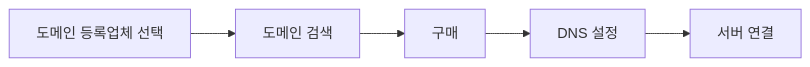
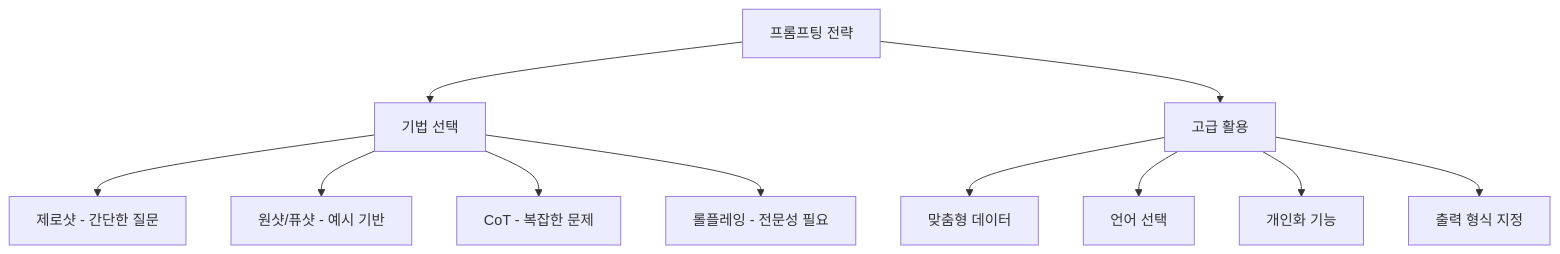
One commit to nugurejeil/weniVooks changed the second of 2 diagrams in _md/essentials-vibecoding/chapter03/03-3.md. Above: the diagram before and after it, drawn with Mermaid. The commit also changed other lines of this file and 49 other files, not shown here.

````diff
--- a/_md/essentials-vibecoding/chapter03/03-3.md
+++ b/_md/essentials-vibecoding/chapter03/03-3.md
@@ -63,7 +261,15 @@
 ```mermaid
-flowchart LR
-    A["도메인 등록업체 선택"] --> B["도메인 검색"]
-    B --> C["구매"]
-    C --> D["DNS 설정"]
-    D --> E["서버 연결"]
+flowchart TD
+    A["프롬프팅 전략"] --> B["기법 선택"]
+    A --> C["고급 활용"]
+
+    B --> B1["제로샷 - 간단한 질문"]
+    B --> B2["원샷/퓨샷 - 예시 기반"]
+    B --> B3["CoT - 복잡한 문제"]
+    B --> B4["롤플레잉 - 전문성 필요"]
+
+    C --> C1["맞춤형 데이터"]
+    C --> C2["언어 선택"]
+    C --> C3["개인화 기능"]
+    C --> C4["출력 형식 지정"]
 ```
````
